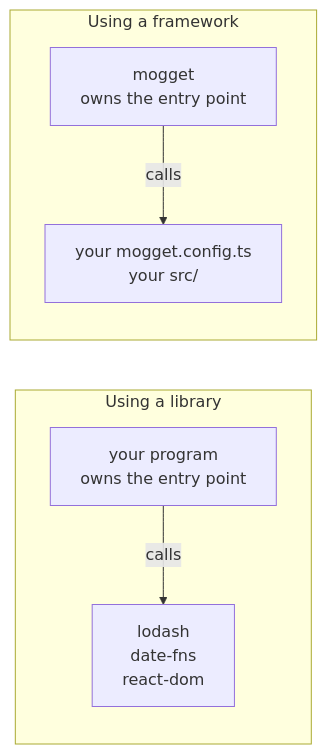
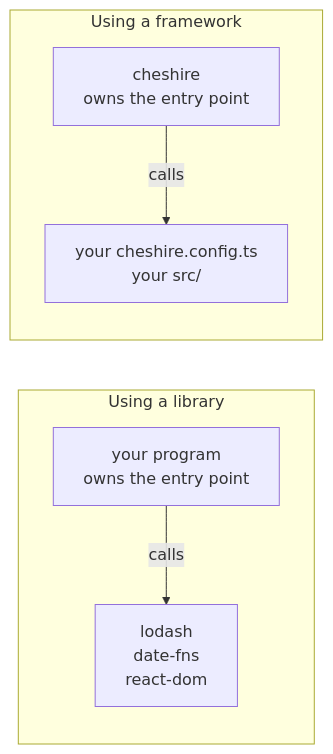
Before and after one commit to meersajidh/cheshire: the first of 4 diagrams in docs/guides/framework-architecture.md, drawn with Mermaid. The commit also changed other lines of this file and 58 other files, not shown here.

````diff
--- a/docs/guides/framework-architecture.md
+++ b/docs/guides/framework-architecture.md
@@ -35,9 +35,9 @@
 ```mermaid
 flowchart LR
   subgraph LIB["Using a library"]
     A["your program<br/>owns the entry point"] -->|calls| B["lodash<br/>date-fns<br/>react-dom"]
   end
   subgraph FW["Using a framework"]
-    C["mogget<br/>owns the entry point"] -->|calls| D["your mogget.config.ts<br/>your src/"]
+    C["cheshire<br/>owns the entry point"] -->|calls| D["your cheshire.config.ts<br/>your src/"]
   end
 ```
````
